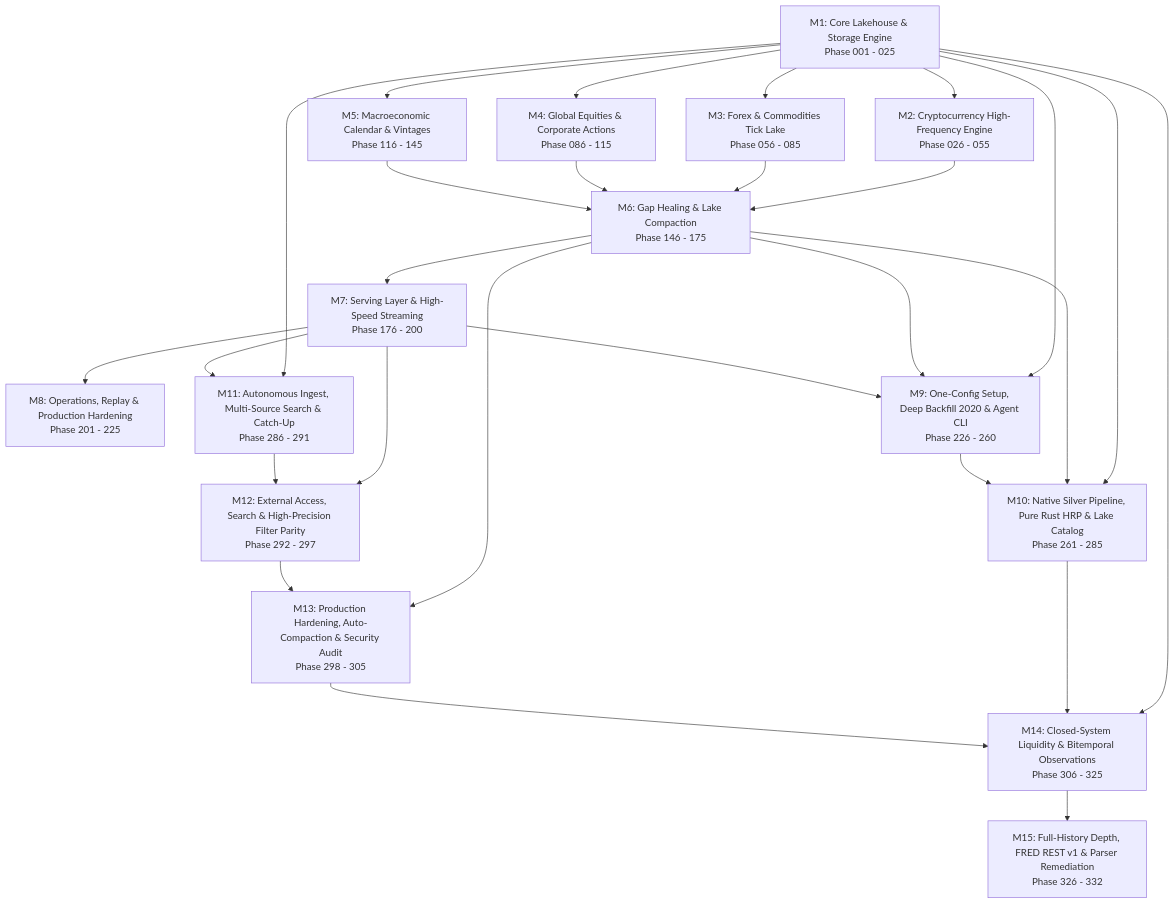
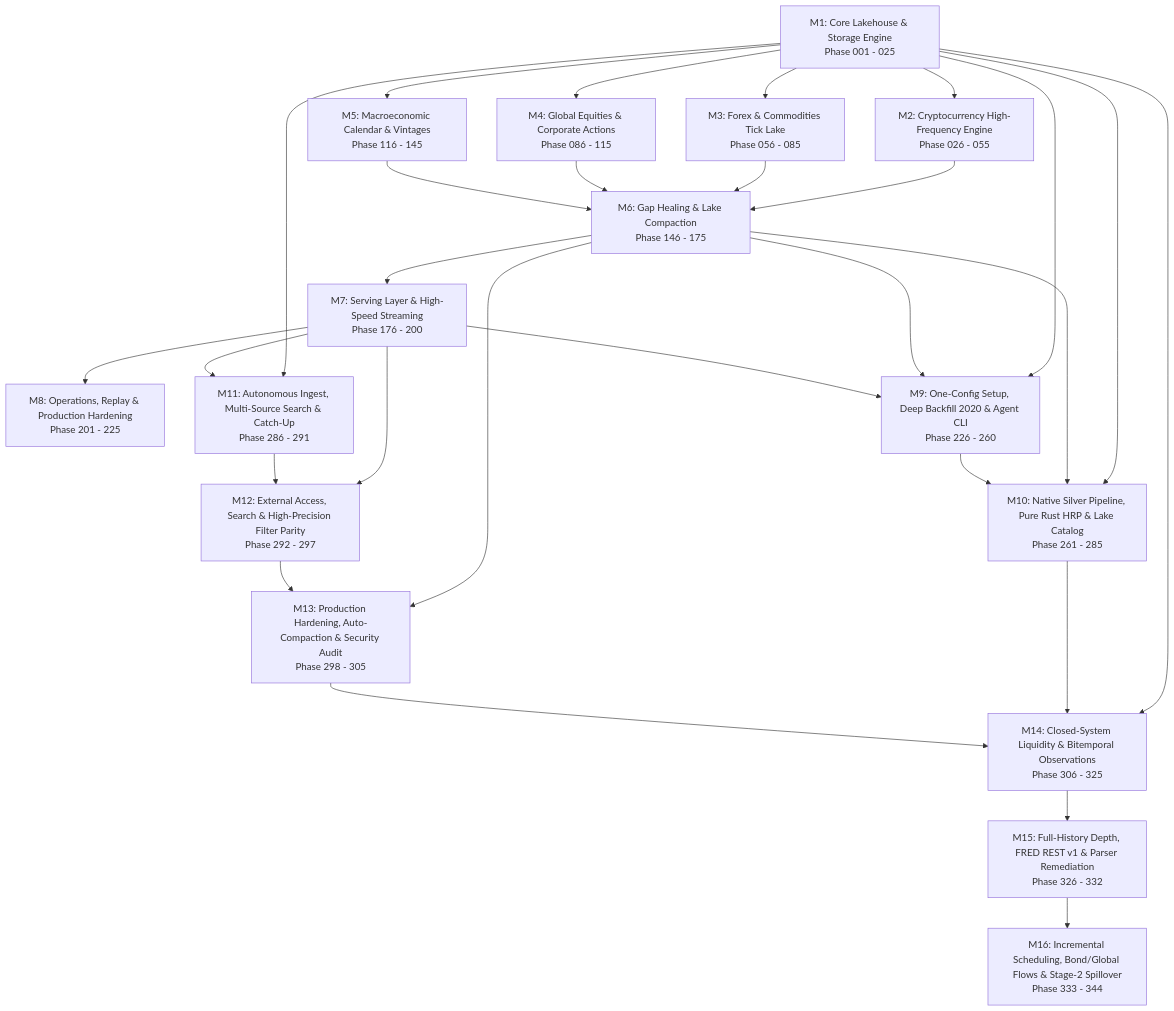
The diagram in docs/roadmap/ROADMAP.md (ihkaru/economy-aggregator), drawn with Mermaid before and after one commit. The commit also changed other lines of this file and 28 other files, not shown here.

Commit message:
feat(m16): incremental frequency-aware scheduling, fast catalog, bond/global flows & Rust VAR/GFEVD spillover

````diff
--- a/docs/roadmap/ROADMAP.md
+++ b/docs/roadmap/ROADMAP.md
@@ -13,17 +13,18 @@
 ```mermaid
 flowchart TD
     M1[M1: Core Lakehouse & Storage Engine<br/>Phase 001 - 025] --> M2[M2: Cryptocurrency High-Frequency Engine<br/>Phase 026 - 055]
     M1 --> M3[M3: Forex & Commodities Tick Lake<br/>Phase 056 - 085]
     M1 --> M4[M4: Global Equities & Corporate Actions<br/>Phase 086 - 115]
     M1 --> M5[M5: Macroeconomic Calendar & Vintages<br/>Phase 116 - 145]
     M2 & M3 & M4 & M5 --> M6[M6: Gap Healing & Lake Compaction<br/>Phase 146 - 175]
     M6 --> M7[M7: Serving Layer & High-Speed Streaming<br/>Phase 176 - 200]
     M7 --> M8[M8: Operations, Replay & Production Hardening<br/>Phase 201 - 225]
     M1 & M6 & M7 --> M9[M9: One-Config Setup, Deep Backfill 2020 & Agent CLI<br/>Phase 226 - 260]
     M1 & M6 & M9 --> M10[M10: Native Silver Pipeline, Pure Rust HRP & Lake Catalog<br/>Phase 261 - 285]
     M1 & M7 --> M11[M11: Autonomous Ingest, Multi-Source Search & Catch-Up<br/>Phase 286 - 291]
     M7 & M11 --> M12[M12: External Access, Search & High-Precision Filter Parity<br/>Phase 292 - 297]
     M6 & M12 --> M13[M13: Production Hardening, Auto-Compaction & Security Audit<br/>Phase 298 - 305]
     M1 & M10 & M13 --> M14[M14: Closed-System Liquidity & Bitemporal Observations<br/>Phase 306 - 325]
     M14 --> M15[M15: Full-History Depth, FRED REST v1 & Parser Remediation<br/>Phase 326 - 332]
+    M15 --> M16[M16: Incremental Scheduling, Bond/Global Flows & Stage-2 Spillover<br/>Phase 333 - 344]
 ```
````
